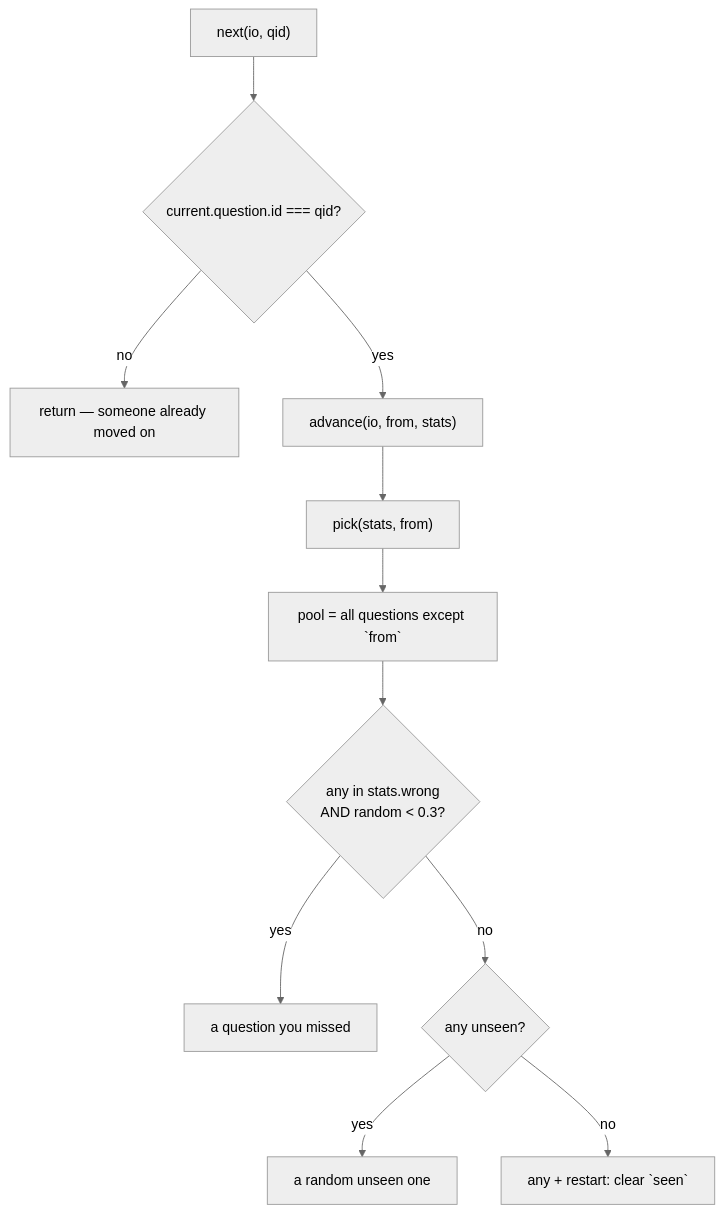
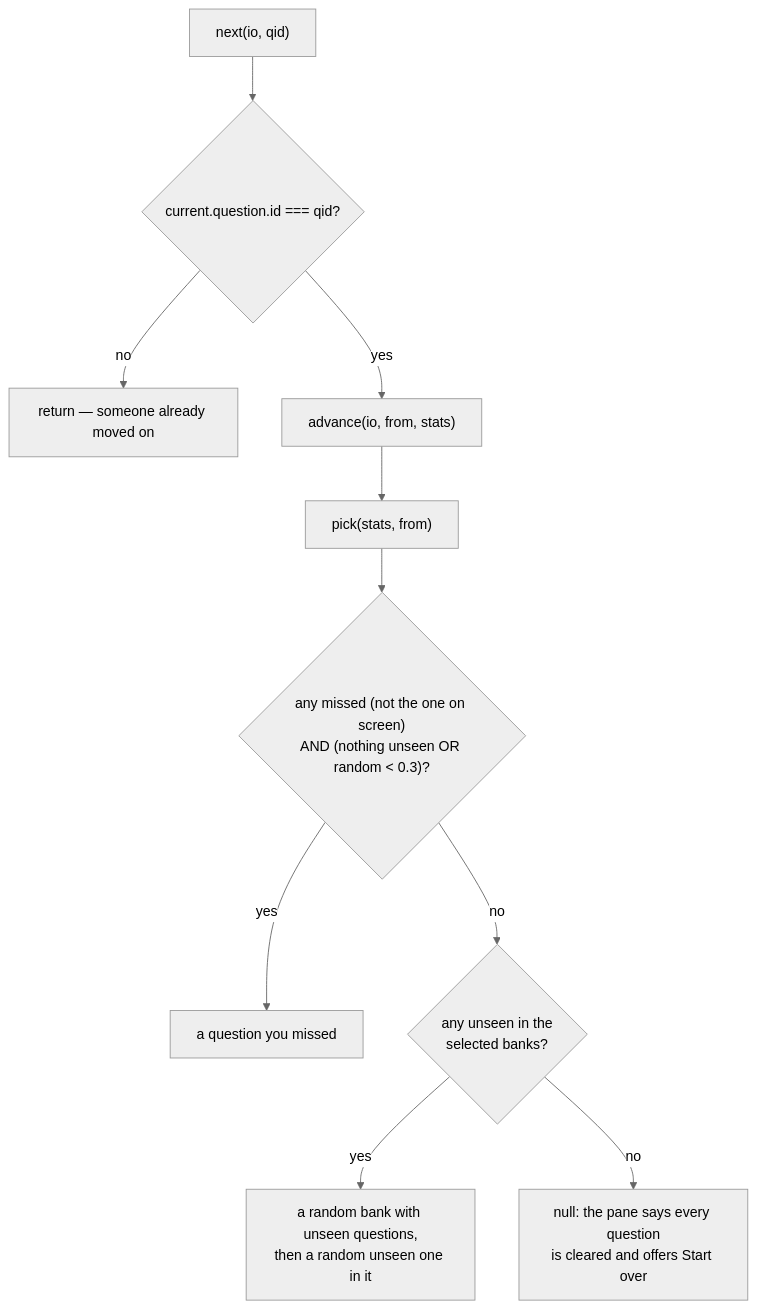
Before and after one commit to mingzew/biteq: diagram 11 of 12 in docs/lesson-plan.md, drawn with Mermaid (neutral theme). The commit also changed other lines of this file and 17 other files, not shown here.

Commit message:
Allow users to select question banks at any point of biteq

````diff
--- a/docs/lesson-plan.md
+++ b/docs/lesson-plan.md
@@ -556,13 +522,12 @@
 ```mermaid
 flowchart TB
   N["next(io, qid)"] --> CHK{"current.question.id === qid?"}
   CHK -->|no| STOP["return — someone already moved on"]
   CHK -->|yes| ADV["advance(io, from, stats)"]
   ADV --> PK["pick(stats, from)"]
-  PK --> POOL["pool = all questions except `from`"]
-  POOL --> W{"any in stats.wrong<br/>AND random < 0.3?"}
+  PK --> W{"any missed (not the one on screen)<br/>AND (nothing unseen OR random < 0.3)?"}
   W -->|yes| R1["a question you missed"]
-  W -->|no| U{"any unseen?"}
-  U -->|yes| R2["a random unseen one"]
-  U -->|no| R3["any + restart: clear `seen`"]
+  W -->|no| U{"any unseen in the<br/>selected banks?"}
+  U -->|yes| R2["a random bank with unseen questions,<br/>then a random unseen one in it"]
+  U -->|no| R3["null: the pane says every question<br/>is cleared and offers Start over"]
 ```
````
